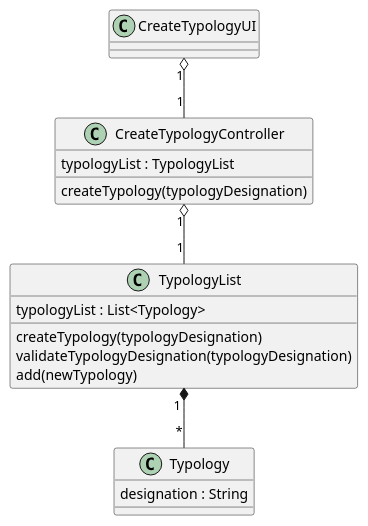
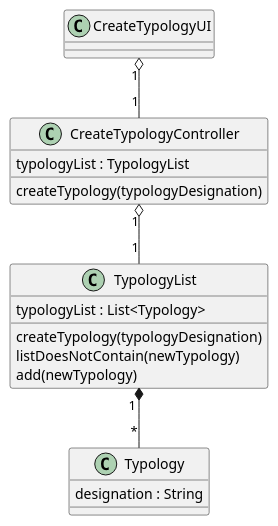
Before and after one commit to ivo-menezes/project_g3: the diagram in docs/modelling_design/user_stories/us007/US007_CreateProjectTypologyCD.puml, drawn with PlantUML. The commit also changed 1 other file, not shown here.

Commit message:
US007 : Design : Updated CreateProjectTypology CD and SD

```diff
--- a/docs/modelling_design/user_stories/us007/US007_CreateProjectTypologyCD.puml
+++ b/docs/modelling_design/user_stories/us007/US007_CreateProjectTypologyCD.puml
@@ -1,27 +1,27 @@
 @startuml
 
 class CreateTypologyUI {
 }
 
 class CreateTypologyController {
 typologyList : TypologyList
 createTypology(typologyDesignation)
 }
 
 
 class TypologyList {
 typologyList : List<Typology>
 createTypology(typologyDesignation)
-validateTypologyDesignation(typologyDesignation)
+listDoesNotContain(newTypology)
 add(newTypology)
 }
 
 class Typology {
 designation : String
 }
 
 CreateTypologyUI "1" o-- "1" CreateTypologyController
 CreateTypologyController "1" o-- "1" TypologyList
 TypologyList "1 " *-- "    *" Typology
 
 @enduml
```
